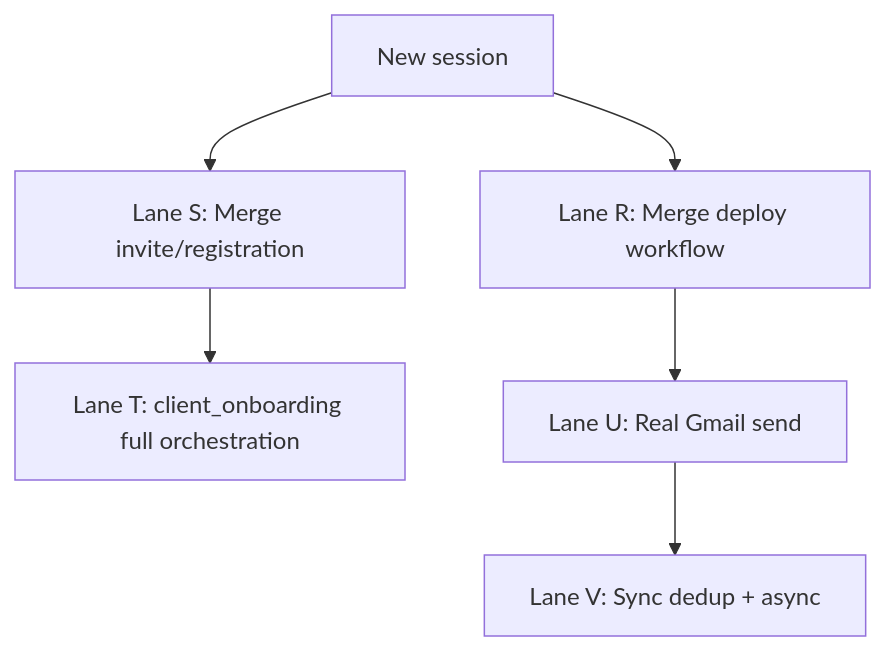
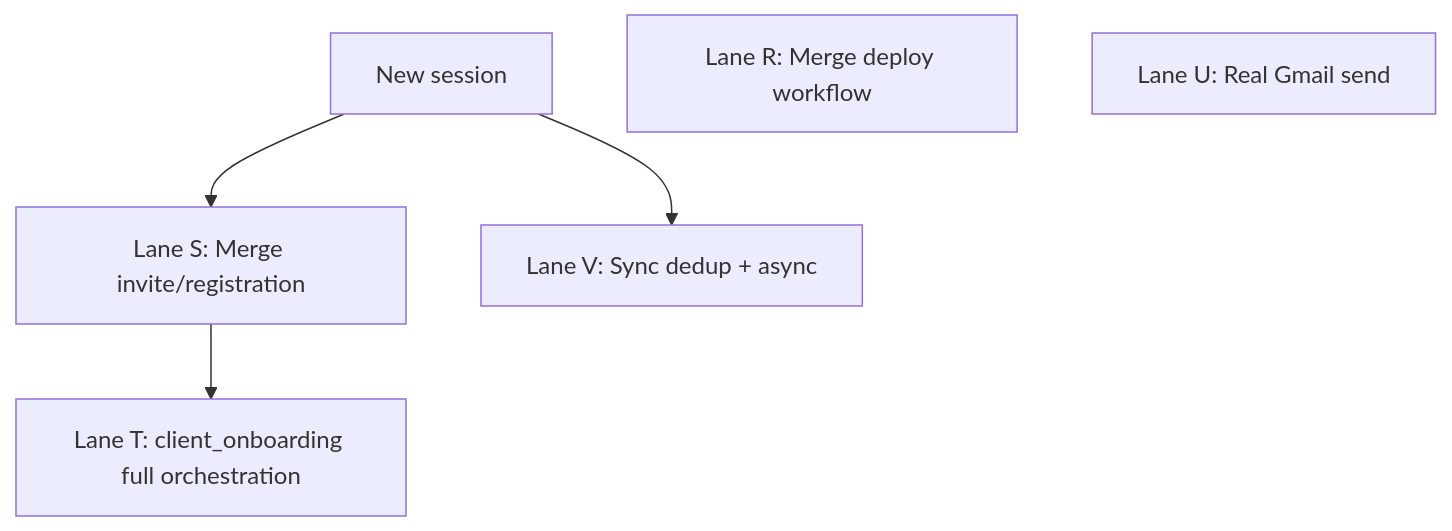
One commit to mbiv33/FlavorOS_1.5 changed the diagram in docs/planning/next_session_handoff.md. Above: the diagram before and after it, drawn with Mermaid. The commit also changed other lines of this file and 17 other files, not shown here.

````diff
--- a/docs/planning/next_session_handoff.md
+++ b/docs/planning/next_session_handoff.md
@@ -98,15 +98,13 @@
 ```mermaid
 flowchart TD
   start[New session]
   merge_p[Lane R: Merge deploy workflow]
   merge_q[Lane S: Merge invite/registration]
   onboarding_skill[Lane T: client_onboarding full orchestration]
   gmail_send[Lane U: Real Gmail send]
   sync_harden[Lane V: Sync dedup + async]
 
-  start --> merge_p
   start --> merge_q
   merge_q --> onboarding_skill
-  merge_p --> gmail_send
-  gmail_send --> sync_harden
+  start --> sync_harden
 ```
````
